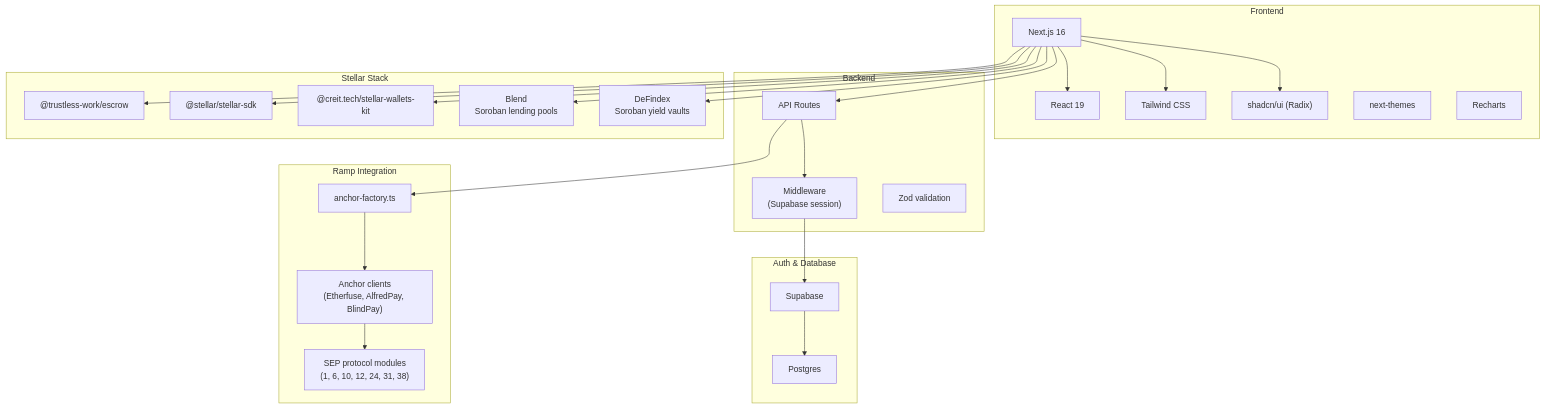
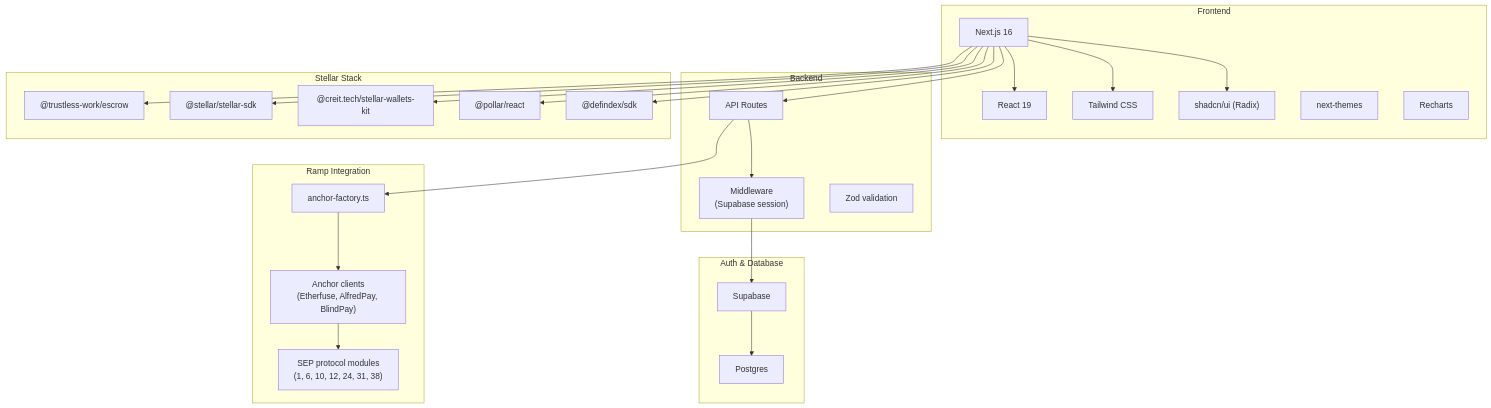
Before and after one commit to mercato-supply-chain/mercato-dapp: the fourth of 14 diagrams in doc/architecture.md, drawn with Mermaid. The commit also changed other lines of this file and 6 other files, not shown here.

First line of the commit message:
docs: add AGENTS.md and align docs with current app flow

````diff
--- a/doc/architecture.md
+++ b/doc/architecture.md
@@ -204,52 +270,52 @@
 ```mermaid
 flowchart TB
   subgraph Frontend["Frontend"]
     Next["Next.js 16"]
     React["React 19"]
     Tailwind["Tailwind CSS"]
     Shadcn["shadcn/ui (Radix)"]
     Themes["next-themes"]
     Recharts["Recharts"]
   end
 
   subgraph Backend["Backend"]
     NextAPI["API Routes"]
     Middleware["Middleware\n(Supabase session)"]
     Zod["Zod validation"]
   end
 
   subgraph AuthDB["Auth & Database"]
     Supabase["Supabase"]
     Postgres["Postgres"]
     Supabase --> Postgres
   end
 
   subgraph StellarStack["Stellar Stack"]
     TrustlessPkg["@trustless-work/escrow"]
     StellarSDK["@stellar/stellar-sdk"]
     WalletKit["@creit.tech/stellar-wallets-kit"]
-    BlendPools["Blend\nSoroban lending pools"]
-    DeFindexVaults["DeFindex\nSoroban yield vaults"]
+    PollarSDK["@pollar/react"]
+    DeFindexSDK["@defindex/sdk"]
   end
 
   subgraph RampLib["Ramp Integration"]
     AnchorFactory["anchor-factory.ts"]
     Anchors["Anchor clients\n(Etherfuse, AlfredPay, BlindPay)"]
     SEP["SEP protocol modules\n(1, 6, 10, 12, 24, 31, 38)"]
   end
 
   Next --> React
   Next --> Tailwind
   Next --> Shadcn
   Next --> NextAPI
   NextAPI --> Middleware
   Middleware --> Supabase
   NextAPI --> AnchorFactory
   AnchorFactory --> Anchors
   Anchors --> SEP
   Next --> TrustlessPkg
   Next --> StellarSDK
   Next --> WalletKit
-  Next --> BlendPools
-  Next --> DeFindexVaults
+  Next --> PollarSDK
+  Next --> DeFindexSDK
 ```
````
